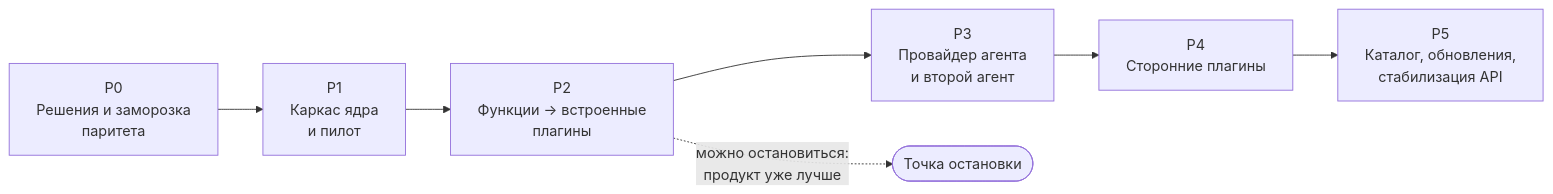
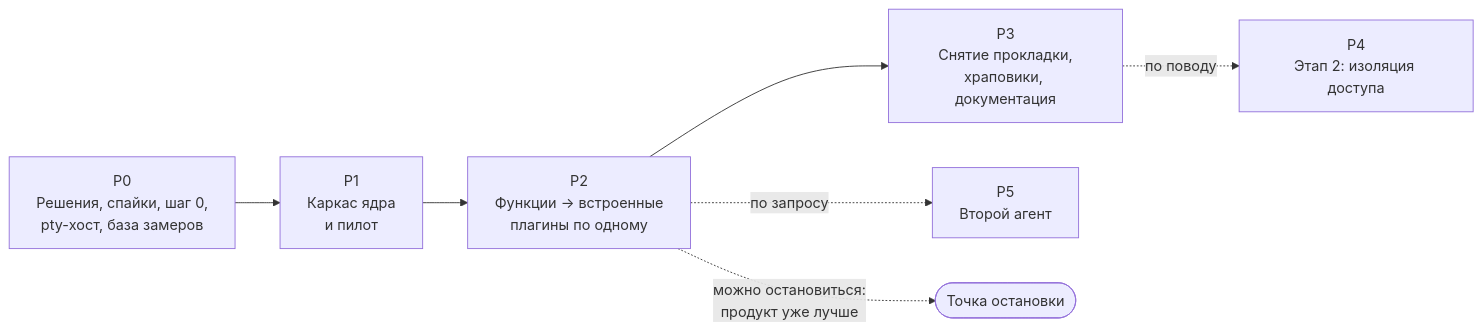
One commit to dex-it/ai-cyborg changed the diagram in docs/cyborg-harness/05-plans/roadmap.md. Above: the diagram before and after it, drawn with Mermaid. The commit also changed other lines of this file and 1 other file, not shown here.

First line of the commit message:
Cyborg Harness: план паритета и дорожная карта по SAD2

````diff
--- a/docs/cyborg-harness/05-plans/roadmap.md
+++ b/docs/cyborg-harness/05-plans/roadmap.md
@@ -16,12 +18,12 @@
 ```mermaid
 flowchart LR
   accTitle: Фазы перестройки Cyborg
-  accDescr: Фазы идут последовательно от решений и заморозки паритета к каркасу ядра, переносу функций, выделению провайдера агента, сторонним плагинам и стабилизации. Каждая фаза закрывается паритетным гейтом.
+  accDescr: Фазы идут от решений, спайков и подготовки текущего кода к каркасу ядра с пилотом, переносу функций по одному плагину, снятию прокладки и документации для авторов. Второй этап изоляции доступа запускается по поводу после снятия прокладки. Второй агент зависит от переноса сессий и агента и запускается по запросу владельца.
 
-  P0["P0<br/>Решения и заморозка<br/>паритета"] --> P1["P1<br/>Каркас ядра<br/>и пилот"]
-  P1 --> P2["P2<br/>Функции -> встроенные<br/>плагины"]
-  P2 --> P3["P3<br/>Провайдер агента<br/>и второй агент"]
-  P3 --> P4["P4<br/>Сторонние плагины"]
-  P4 --> P5["P5<br/>Каталог, обновления,<br/>стабилизация API"]
+  P0["P0<br/>Решения, спайки, шаг 0,<br/>pty-хост, база замеров"] --> P1["P1<br/>Каркас ядра<br/>и пилот"]
+  P1 --> P2["P2<br/>Функции -> встроенные<br/>плагины по одному"]
+  P2 --> P3["P3<br/>Снятие прокладки,<br/>храповики, документация"]
+  P3 -.->|"по поводу"| P4["P4<br/>Этап 2: изоляция доступа"]
+  P2 -.->|"по запросу"| P5["P5<br/>Второй агент"]
   P2 -.->|"можно остановиться:<br/>продукт уже лучше"| STOP(["Точка остановки"])
 ```
````
